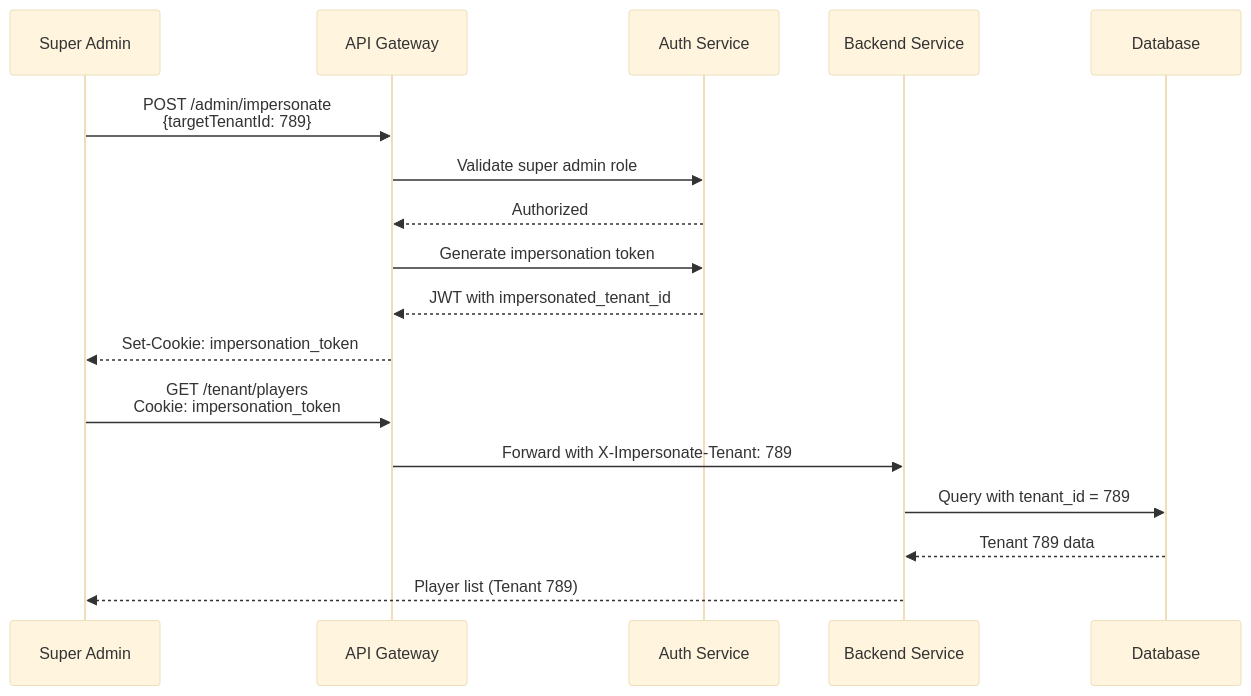
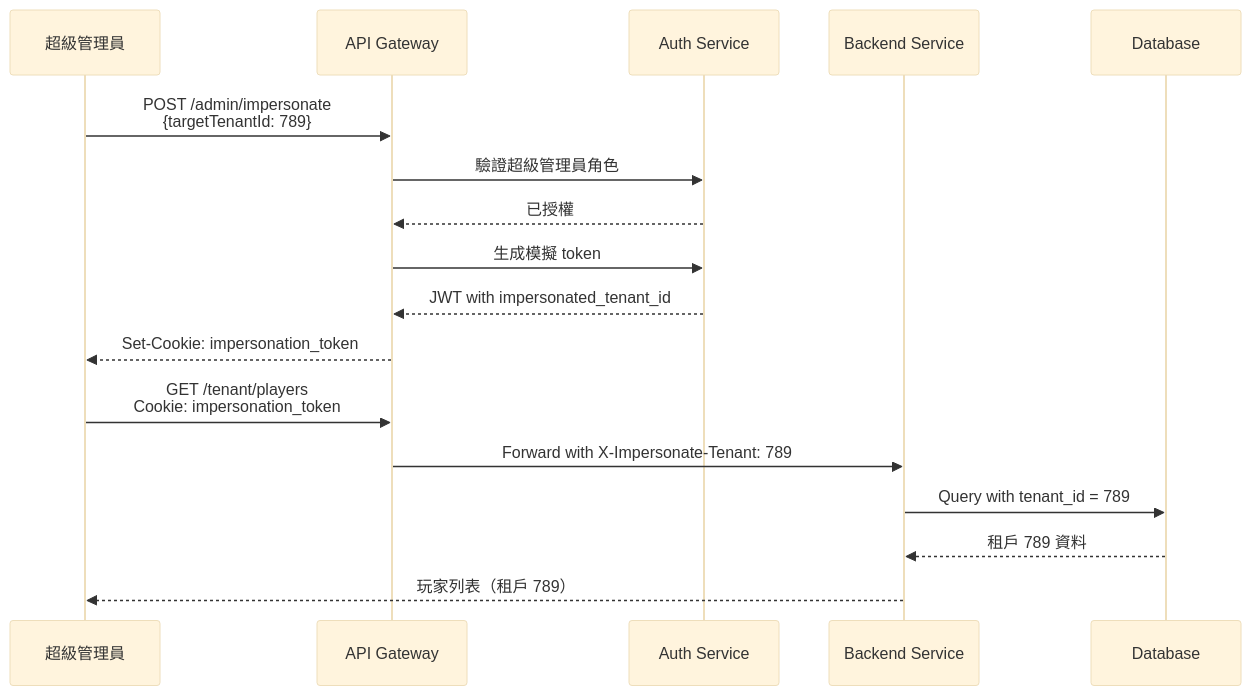
One commit to ron03wlb/smart-admin changed the third of 4 diagrams in docs/iGaming/architecture/06_Platform_Core/Multi_Tenant_Architecture.md. Above: the diagram before and after it, drawn with Mermaid (base theme). The commit also changed other lines of this file and 4 other files, not shown here.

````diff
--- a/docs/iGaming/architecture/06_Platform_Core/Multi_Tenant_Architecture.md
+++ b/docs/iGaming/architecture/06_Platform_Core/Multi_Tenant_Architecture.md
@@ -334,21 +334,21 @@
 ```mermaid
 sequenceDiagram
-    participant SA as Super Admin
+    participant SA as 超級管理員
     participant API as API Gateway
     participant Auth as Auth Service
     participant Backend as Backend Service
     participant DB as Database
 
     SA->>API: POST /admin/impersonate<br/>{targetTenantId: 789}
-    API->>Auth: Validate super admin role
-    Auth-->>API: Authorized
-    API->>Auth: Generate impersonation token
+    API->>Auth: 驗證超級管理員角色
+    Auth-->>API: 已授權
+    API->>Auth: 生成模擬 token
     Auth-->>API: JWT with impersonated_tenant_id
     API-->>SA: Set-Cookie: impersonation_token
 
     SA->>API: GET /tenant/players<br/>Cookie: impersonation_token
     API->>Backend: Forward with X-Impersonate-Tenant: 789
     Backend->>DB: Query with tenant_id = 789
-    DB-->>Backend: Tenant 789 data
-    Backend-->>SA: Player list (Tenant 789)
+    DB-->>Backend: 租戶 789 資料
+    Backend-->>SA: 玩家列表（租戶 789）
 ```
````
